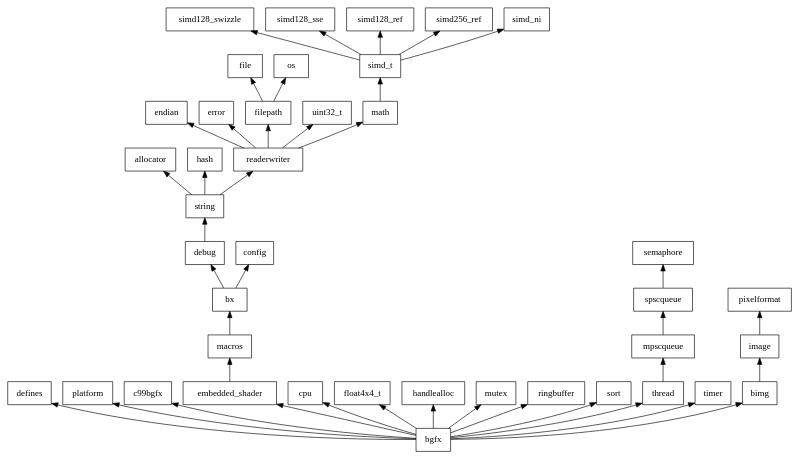
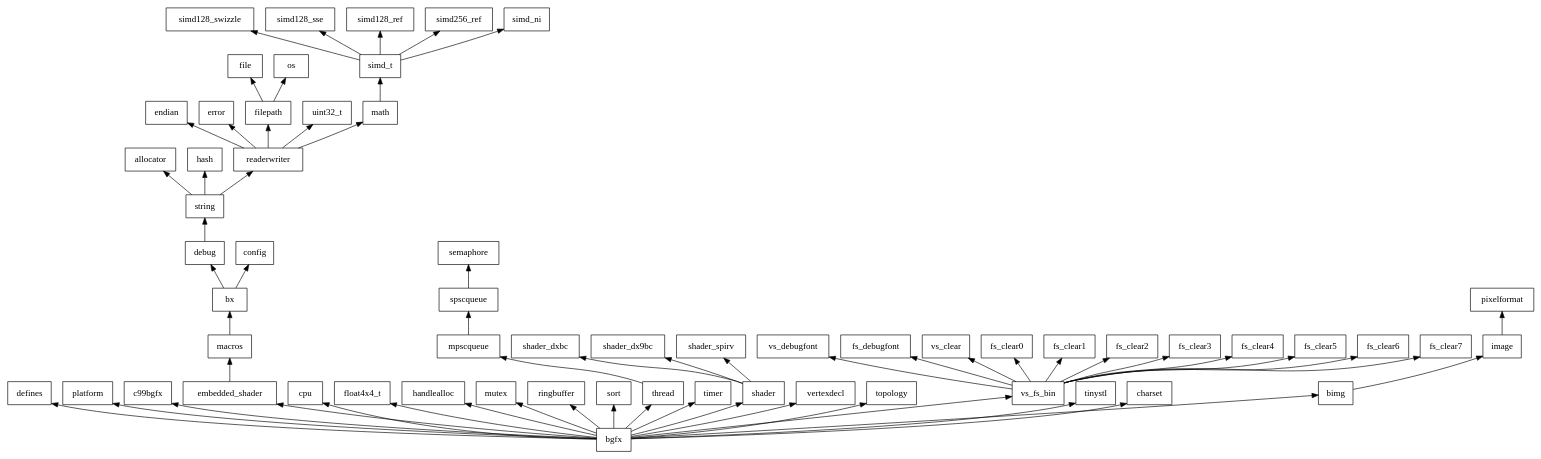
The diagram in doc/tinybgfx.dot (hotqkc/tt), drawn with Graphviz before and after one commit. The commit also changed 51 other files, not shown here.

```diff
--- a/doc/tinybgfx.dot
+++ b/doc/tinybgfx.dot
@@ -1,58 +1,82 @@
 digraph TTSFML_System {
 
 	rankdir = BT
 
 	node [
 		shape = "record"
 	]
 	
 	bgfx -> defines
 	bgfx -> platform
 	bgfx -> c99bgfx
 	
 	bgfx -> embedded_shader
 	
 	embedded_shader -> macros
 	
 	macros -> bx
 	bx -> debug
 	bx -> config
 	debug -> string
 	
 	string -> allocator
 	string -> hash
 	string -> readerwriter
 		
 	readerwriter -> endian
 	readerwriter -> error
 	readerwriter -> filepath
 	readerwriter -> uint32_t
 	readerwriter -> math
 	
 	math -> simd_t
 	simd_t -> simd128_swizzle
 	simd_t -> simd128_sse
 	simd_t -> simd128_ref
 	simd_t -> simd256_ref
 	simd_t -> simd_ni
 	
 	filepath -> file
 	filepath -> os
 	
 	bgfx -> cpu
 	bgfx -> float4x4_t
 	bgfx -> handlealloc
 	bgfx -> mutex
 	bgfx -> ringbuffer
 	bgfx -> sort
 	bgfx -> thread
 	bgfx -> timer
 	
+	bgfx -> shader
+	bgfx -> vertexdecl
+	bgfx -> topology
+	bgfx -> vs_fs_bin
+	
+	vs_fs_bin -> vs_debugfont
+	vs_fs_bin -> fs_debugfont
+	vs_fs_bin -> vs_clear
+	vs_fs_bin -> fs_clear0
+	vs_fs_bin -> fs_clear1
+	vs_fs_bin -> fs_clear2
+	vs_fs_bin -> fs_clear3
+	vs_fs_bin -> fs_clear4
+	vs_fs_bin -> fs_clear5
+	vs_fs_bin -> fs_clear6
+	vs_fs_bin -> fs_clear7
+	
+	bgfx -> tinystl
+	bgfx -> charset
+
+	shader -> shader_dxbc
+	shader -> shader_dx9bc
+	shader -> shader_spirv
+	
 	bgfx -> bimg
 	bimg -> image
 	image -> pixelformat
 	
 	thread -> mpscqueue
 	mpscqueue -> spscqueue
 	spscqueue -> semaphore
 }
```
